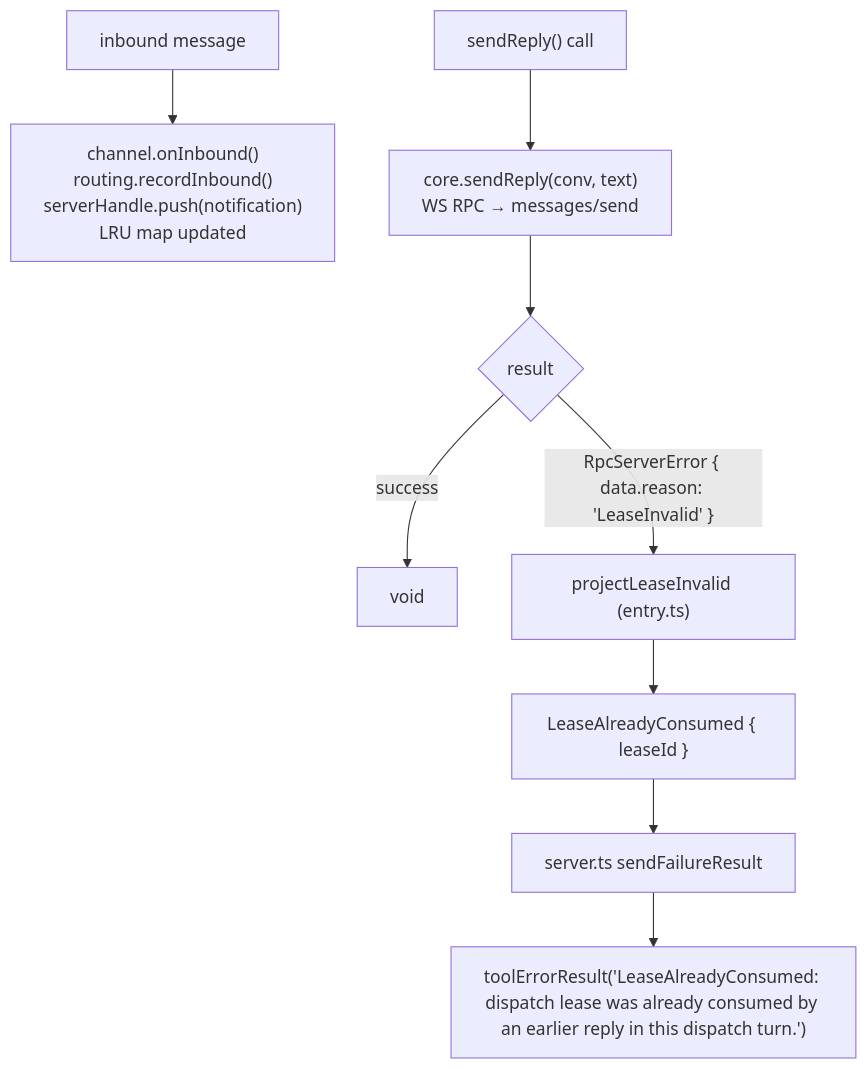
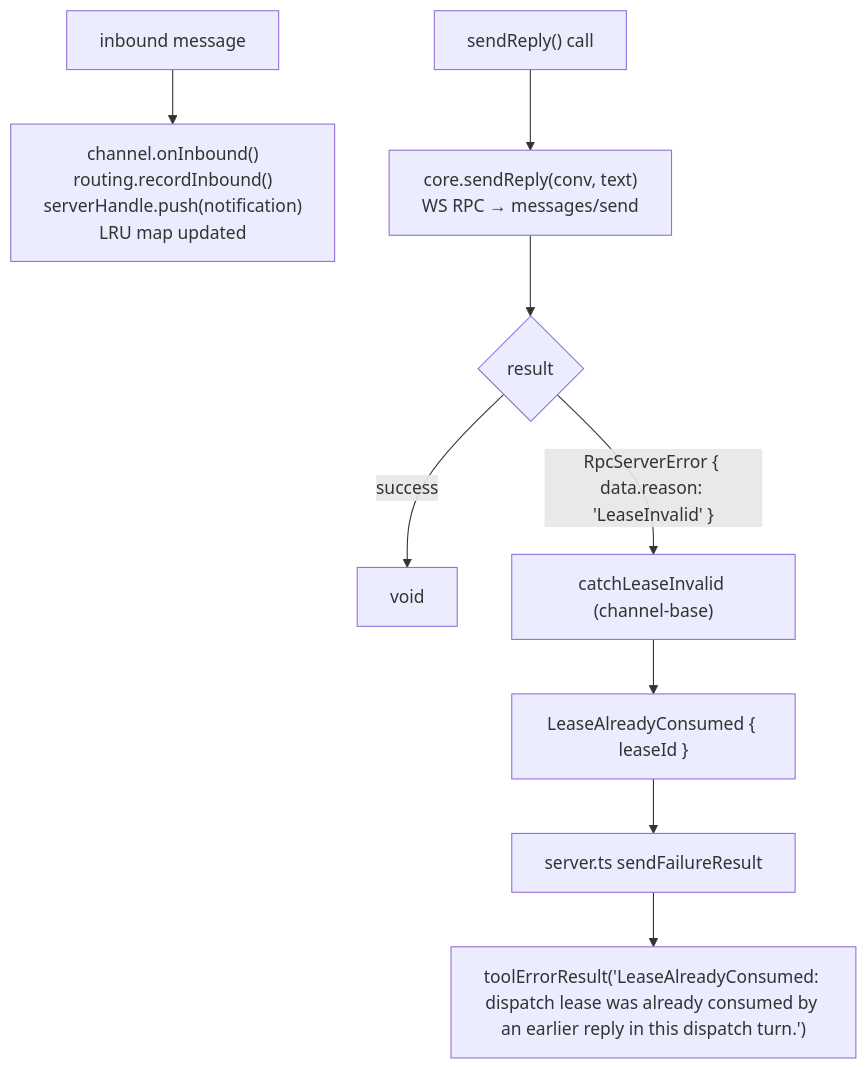
The diagram in packages/claude-code-channel/docs/architecture/04-lease-state-machine.md (chughtapan/moltzap), drawn with Mermaid before and after one commit. The commit also changed 11 other files, not shown here.

First line of the commit message:
docs(C): update channel architecture docs for channel-base extraction

````diff
--- a/packages/claude-code-channel/docs/architecture/04-lease-state-machine.md
+++ b/packages/claude-code-channel/docs/architecture/04-lease-state-machine.md
@@ -15,11 +15,11 @@
 ```mermaid
 flowchart TD
     A["inbound message"] --> B["channel.onInbound()<br>routing.recordInbound()<br>serverHandle.push(notification)<br>LRU map updated"]
     C["sendReply() call"] --> D["core.sendReply(conv, text)<br>WS RPC → messages/send"]
     D --> E{result}
     E -->|success| F["void"]
-    E -->|"RpcServerError { data.reason: 'LeaseInvalid' }"| G["projectLeaseInvalid (entry.ts)"]
+    E -->|"RpcServerError { data.reason: 'LeaseInvalid' }"| G["catchLeaseInvalid (channel-base)"]
     G --> H["LeaseAlreadyConsumed { leaseId }"]
     H --> I["server.ts sendFailureResult"]
     I --> J["toolErrorResult('LeaseAlreadyConsumed: dispatch lease was already consumed by an earlier reply in this dispatch turn.')"]
 ```
````
